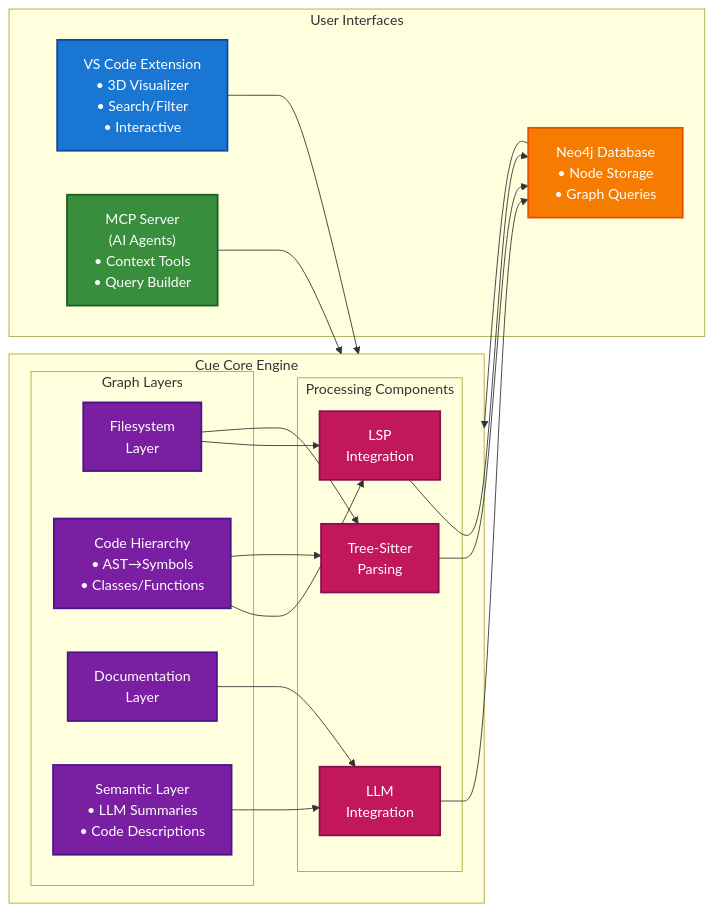
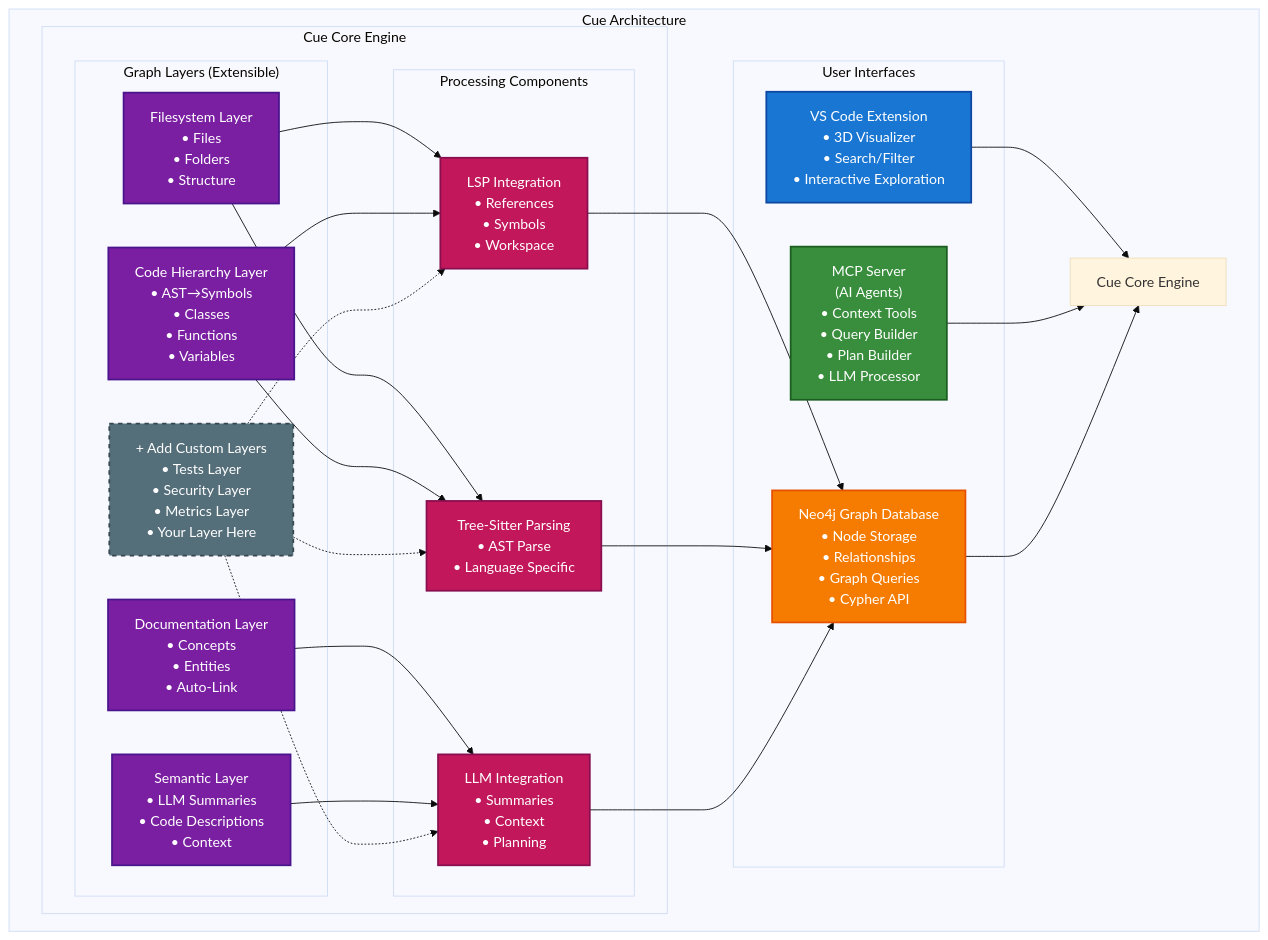
One commit to rysweet/cue changed the diagram in README.md. Above: the diagram before and after it, drawn with Mermaid.

Commit message:
fix: restore vertical layout with extensibility indicator
- Restored preferred top-bottom (TB) layout
- Added font size directive to help with rendering
- Added "Graph Layers (Extensible)" label
- Added custom layers placeholder with dashed styling
- Shows example custom layers: Tests, Security, Metrics
- Used dotted connections for extensibility
- Maintains all layer details including AST→Symbols and Semantic Layer

🤖 Generated with [Claude Code](https://claude.ai/code)

````diff
--- a/README.md
+++ b/README.md
@@ -22,49 +22,57 @@
 ```mermaid
-flowchart LR
-    subgraph UI["User Interfaces"]
-        VSCode["VS Code Extension<br/>• 3D Visualizer<br/>• Search/Filter<br/>• Interactive"]
-        MCP["MCP Server<br/>(AI Agents)<br/>• Context Tools<br/>• Query Builder"]
-        Neo4j["Neo4j Database<br/>• Node Storage<br/>• Graph Queries"]
-    end
-    
-    subgraph Core["Cue Core Engine"]
-        subgraph GL["Graph Layers"]
-            FS["Filesystem<br/>Layer"]
-            CH["Code Hierarchy<br/>• AST→Symbols<br/>• Classes/Functions"]
-            DOC["Documentation<br/>Layer"]
-            SEM["Semantic Layer<br/>• LLM Summaries<br/>• Code Descriptions"]
+%%{init: {'theme':'base', 'themeVariables': { 'fontSize': '16px'}}}%%
+graph TB
+    subgraph "Cue Architecture"
+        subgraph "User Interfaces"
+            VSCode["VS Code Extension<br/>• 3D Visualizer<br/>• Search/Filter<br/>• Interactive Exploration"]
+            MCP["MCP Server<br/>(AI Agents)<br/>• Context Tools<br/>• Query Builder<br/>• Plan Builder<br/>• LLM Processor"]
+            Neo4j["Neo4j Graph Database<br/>• Node Storage<br/>• Relationships<br/>• Graph Queries<br/>• Cypher API"]
         end
         
-        subgraph PC["Processing Components"]
-            LSP["LSP<br/>Integration"]
-            TS["Tree-Sitter<br/>Parsing"]
-            LLM["LLM<br/>Integration"]
+        subgraph "Cue Core Engine"
+            subgraph "Graph Layers (Extensible)"
+                FS["Filesystem Layer<br/>• Files<br/>• Folders<br/>• Structure"]
+                CH["Code Hierarchy Layer<br/>• AST→Symbols<br/>• Classes<br/>• Functions<br/>• Variables"]
+                DOC["Documentation Layer<br/>• Concepts<br/>• Entities<br/>• Auto-Link"]
+                SEM["Semantic Layer<br/>• LLM Summaries<br/>• Code Descriptions<br/>• Context"]
+                EXT["+ Add Custom Layers<br/>• Tests Layer<br/>• Security Layer<br/>• Metrics Layer<br/>• Your Layer Here"]
+            end
+            
+            subgraph "Processing Components"
+                LSP["LSP Integration<br/>• References<br/>• Symbols<br/>• Workspace"]
+                TS["Tree-Sitter Parsing<br/>• AST Parse<br/>• Language Specific"]
+                LLM["LLM Integration<br/>• Summaries<br/>• Context<br/>• Planning"]
+            end
         end
+        
+        VSCode --> Core[Cue Core Engine]
+        MCP --> Core
+        Neo4j --> Core
+        
+        FS --> LSP
+        FS --> TS
+        CH --> LSP
+        CH --> TS
+        DOC --> LLM
+        SEM --> LLM
+        EXT -.-> LSP
+        EXT -.-> TS
+        EXT -.-> LLM
+        
+        LSP --> Neo4j
+        TS --> Neo4j
+        LLM --> Neo4j
     end
-    
-    VSCode --> Core
-    MCP --> Core
-    Neo4j --> Core
-    
-    FS --> LSP
-    FS --> TS
-    CH --> LSP
-    CH --> TS
-    DOC --> LLM
-    SEM --> LLM
-    
-    LSP --> Neo4j
-    TS --> Neo4j
-    LLM --> Neo4j
     
     style VSCode fill:#1976d2,color:#ffffff,stroke:#0d47a1,stroke-width:2px
     style MCP fill:#388e3c,color:#ffffff,stroke:#1b5e20,stroke-width:2px
     style Neo4j fill:#f57c00,color:#ffffff,stroke:#e65100,stroke-width:2px
     style FS fill:#7b1fa2,color:#ffffff,stroke:#4a148c,stroke-width:2px
     style CH fill:#7b1fa2,color:#ffffff,stroke:#4a148c,stroke-width:2px
     style DOC fill:#7b1fa2,color:#ffffff,stroke:#4a148c,stroke-width:2px
     style SEM fill:#7b1fa2,color:#ffffff,stroke:#4a148c,stroke-width:2px
+    style EXT fill:#546e7a,color:#ffffff,stroke:#37474f,stroke-width:2px,stroke-dasharray: 5 5
     style LSP fill:#c2185b,color:#ffffff,stroke:#880e4f,stroke-width:2px
     style TS fill:#c2185b,color:#ffffff,stroke:#880e4f,stroke-width:2px
     style LLM fill:#c2185b,color:#ffffff,stroke:#880e4f,stroke-width:2px
 ```
````
